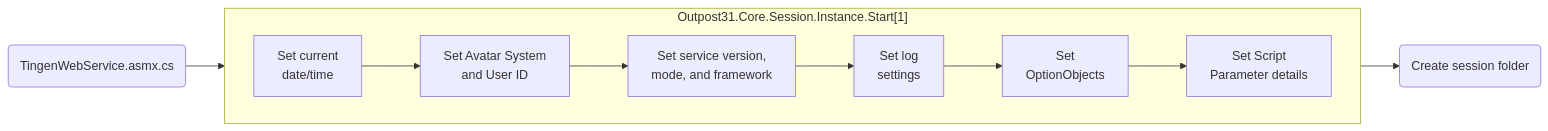
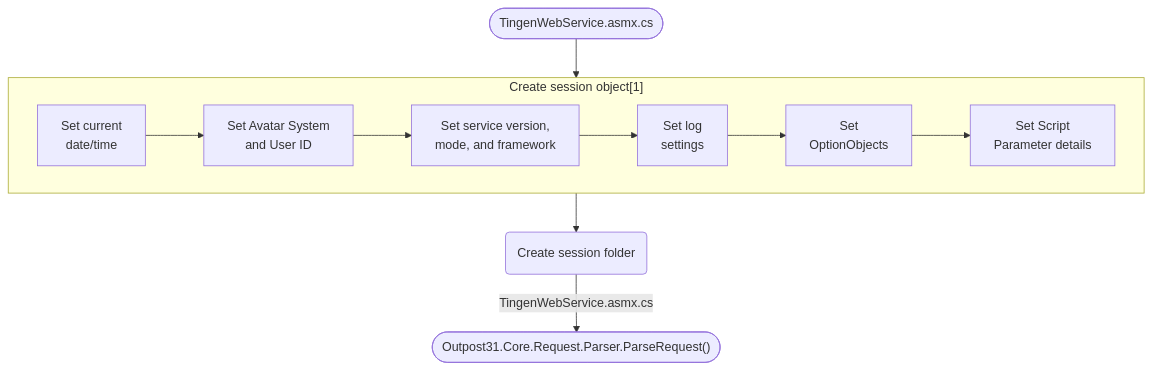
Before and after one commit to spectrum-health-systems/tingen-documentation: the third of 4 diagrams in dev/workflow-application.md, drawn with Mermaid. The commit also changed other lines of this file and 2 other files, not shown here.

````diff
--- a/dev/workflow-application.md
+++ b/dev/workflow-application.md
@@ -41,22 +57,23 @@
 ```mermaid
-flowchart LR
+flowchart TB
   %% Content
-  From_TingenWebService.asmx.cs@{ shape: rounded, label: "TingenWebService.asmx.cs" }
+  From_TingenWebService.asmx.cs@{ shape: stadium, label: "TingenWebService.asmx.cs" }
   CreateSessionFolder@{ shape: rounded, label: "Create session folder" }
-  subgraph Outpost31.Core.Session.Instance.Start ["Outpost31.Core.Session.Instance.Start[1]"]
+  To_ParseRequest@{ shape: stadium, label: "Outpost31.Core.Request.Parser.ParseRequest()" }
+  subgraph CreateNewSessionInstance ["Create session object[1]"]
     direction LR
       %% Content
       SetCurrentStamp@{ shape: rect, label: "Set current\ndate/time" }
       SetAvatarInfo@{ shape: rect, label: "Set Avatar System\nand User ID" }
       SetServiceInfo@{ shape: rect, label: "Set service version,\nmode, and framework" }
       SetLoggingInfo@{ shape: rect, label: "Set log\nsettings" }    
       SetOptionObjects@{ shape: rect, label: "Set\nOptionObjects" }
       SetScriptParameter@{ shape: rect, label: "Set Script\nParameter details" }
       %% Layout
       SetCurrentStamp --> SetAvatarInfo --> SetServiceInfo --> SetLoggingInfo --> SetOptionObjects --> SetScriptParameter
       %% Styles
   end
   %% Layout
-  From_TingenWebService.asmx.cs --> Outpost31.Core.Session.Instance.Start --> CreateSessionFolder
+  From_TingenWebService.asmx.cs --> CreateNewSessionInstance --> CreateSessionFolder --TingenWebService.asmx.cs--> To_ParseRequest
   %% Styles 
 ```
````
